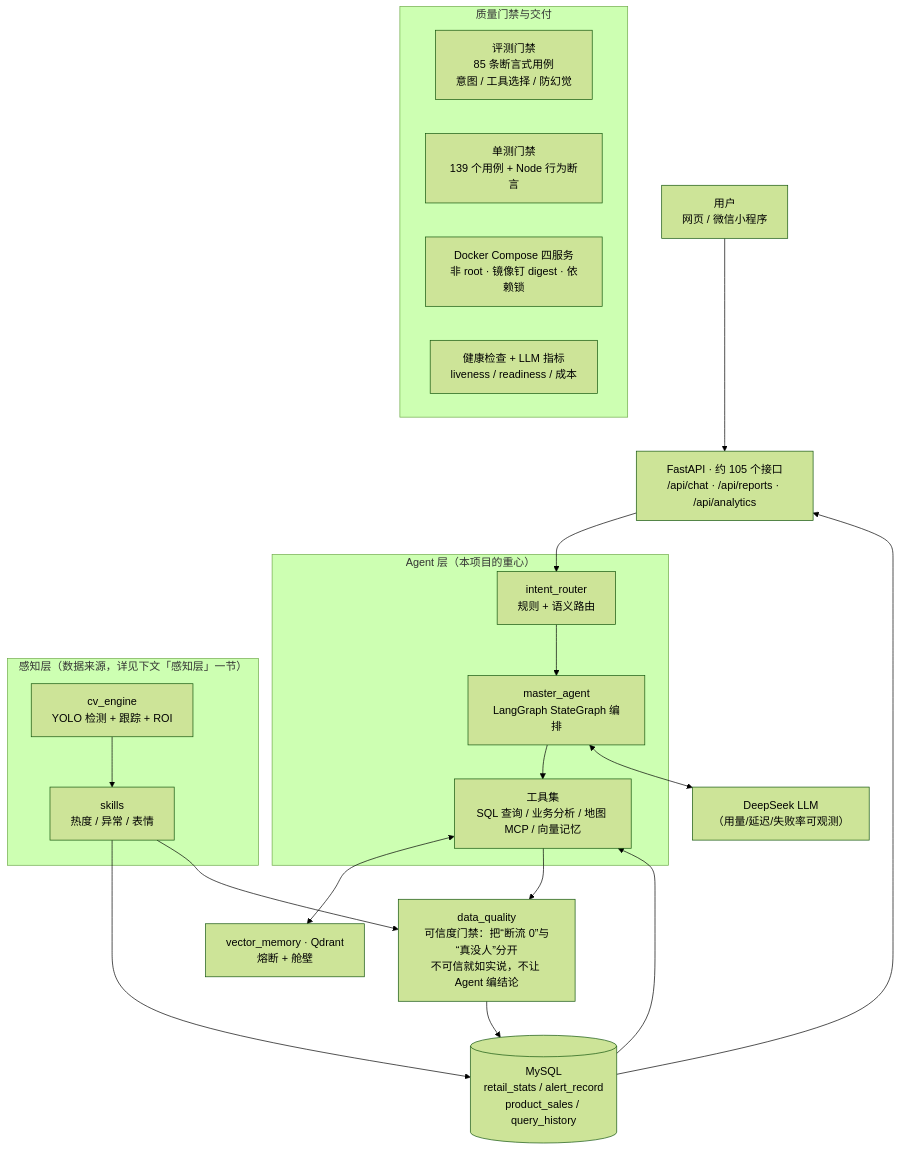
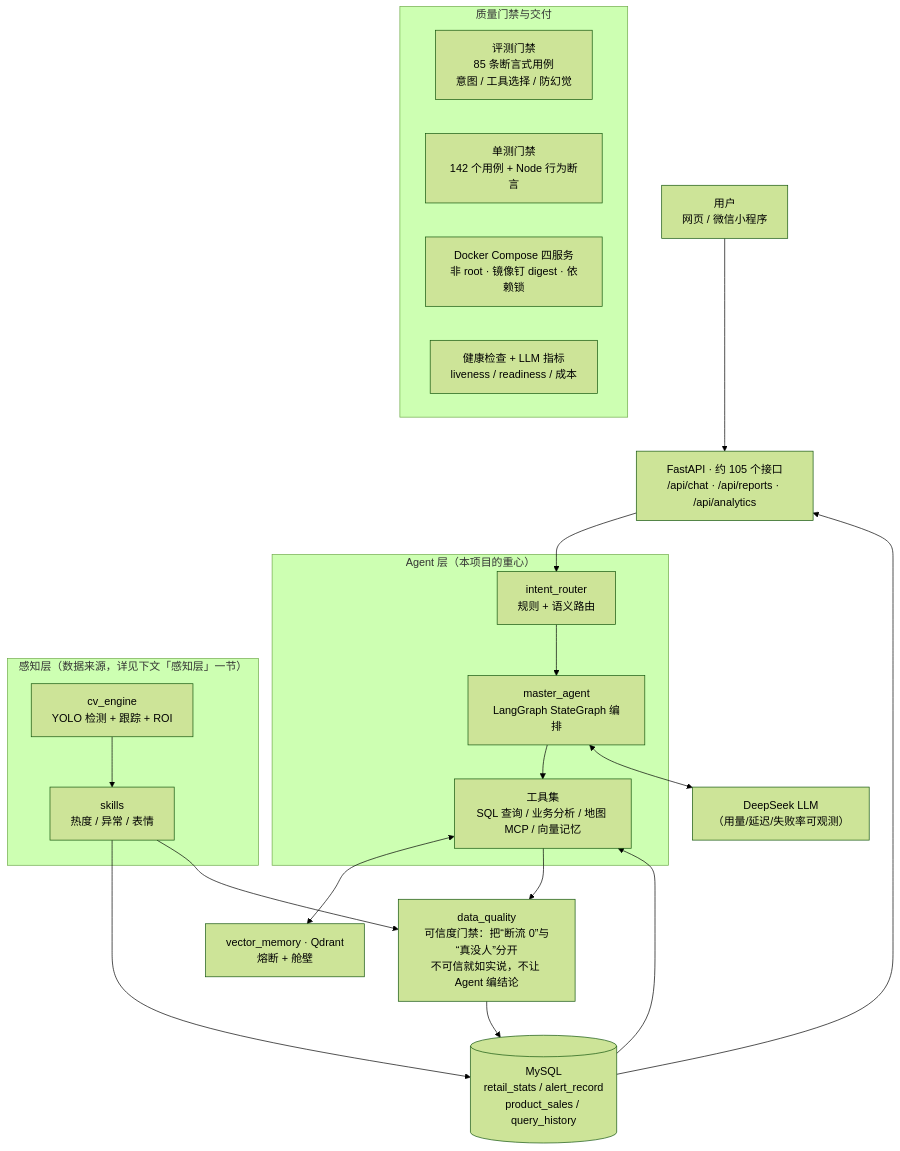
The diagram in README.md (gaowanyu2027/Retail_assistant_v4), drawn with Mermaid (forest theme) before and after one commit. The commit also changed other lines of this file and 6 other files, not shown here.

````diff
--- a/README.md
+++ b/README.md
@@ -37,35 +37,35 @@
 ```mermaid
 flowchart TB
     U["用户<br/>网页 / 微信小程序"] --> API["FastAPI · 约 105 个接口<br/>/api/chat · /api/reports · /api/analytics"]
 
     subgraph AGENT["Agent 层（本项目的重心）"]
         IR["intent_router<br/>规则 + 语义路由"]
         MA["master_agent<br/>LangGraph StateGraph 编排"]
         TL["工具集<br/>SQL 查询 / 业务分析 / 地图 MCP / 向量记忆"]
         IR --> MA --> TL
     end
 
     API --> IR
     MA <--> LLM["DeepSeek LLM<br/>（用量/延迟/失败率可观测）"]
     TL <--> VM["vector_memory · Qdrant<br/>熔断 + 舱壁"]
     TL --> DQ["data_quality<br/>可信度门禁：把“断流 0”与“真没人”分开<br/>不可信就如实说，不让 Agent 编结论"]
 
     DQ --> DB[("MySQL<br/>retail_stats / alert_record<br/>product_sales / query_history")]
     DB --> TL
     DB --> API
 
     subgraph PERCEPT["感知层（数据来源，详见下文「感知层」一节）"]
         CV["cv_engine<br/>YOLO 检测 + 跟踪 + ROI"]
         SK["skills<br/>热度 / 异常 / 表情"]
         CV --> SK
     end
     SK --> DB
     SK --> DQ
 
     subgraph OPS["质量门禁与交付"]
         O1["评测门禁<br/>85 条断言式用例<br/>意图 / 工具选择 / 防幻觉"]
-        O2["单测门禁<br/>139 个用例 + Node 行为断言"]
+        O2["单测门禁<br/>142 个用例 + Node 行为断言"]
         O3["Docker Compose 四服务<br/>非 root · 镜像钉 digest · 依赖锁"]
         O4["健康检查 + LLM 指标<br/>liveness / readiness / 成本"]
     end
 ```
````
